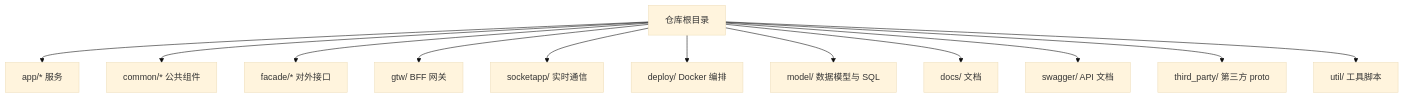
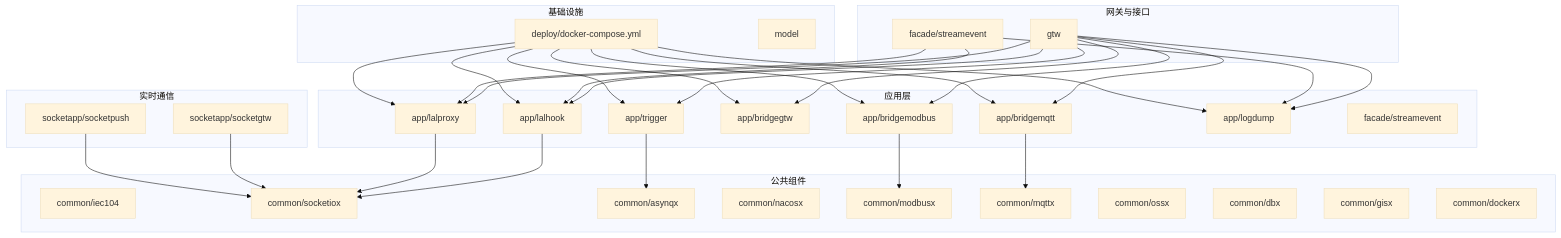
Before and after one commit to maomao94/zero-service: the first of 4 diagrams in .qoder/repowiki/zh/content/快速开始.md, drawn with Mermaid (base theme). The commit also changed other lines of this file and 362 other files, not shown here.

````diff
--- a/.qoder/repowiki/zh/content/快速开始.md
+++ b/.qoder/repowiki/zh/content/快速开始.md
@@ -38,14 +49,61 @@
 ```mermaid
 graph TB
-A["仓库根目录"] --> B["app/* 服务"]
-A --> C["common/* 公共组件"]
-A --> D["facade/* 对外接口"]
-A --> E["gtw/ BFF 网关"]
-A --> F["socketapp/ 实时通信"]
-A --> G["deploy/ Docker 编排"]
-A --> H["model/ 数据模型与 SQL"]
-A --> I["docs/ 文档"]
-A --> J["swagger/ API 文档"]
-A --> K["third_party/ 第三方 proto"]
-A --> L["util/ 工具脚本"]
+subgraph "应用层"
+APP_TRIGGER["app/trigger"]
+APP_BRIDGEMODBUS["app/bridgemodbus"]
+APP_BRIDGEMQTT["app/bridgemqtt"]
+APP_BRIDGEGTW["app/bridgegtw"]
+APP_LALHOOK["app/lalhook"]
+APP_LALPROXY["app/lalproxy"]
+APP_LOGDUMP["app/logdump"]
+FACADE_STREAMEVENT["facade/streamevent"]
+end
+subgraph "实时通信"
+SOCKET_SOCKETGTW["socketapp/socketgtw"]
+SOCKET_SOCKETPUSH["socketapp/socketpush"]
+end
+subgraph "网关与接口"
+GTW["gtw"]
+FACADE["facade/streamevent"]
+end
+subgraph "公共组件"
+COMMON_IEC104["common/iec104"]
+COMMON_SOCKETIO["common/socketiox"]
+COMMON_ASYNQ["common/asynqx"]
+COMMON_NACOS["common/nacosx"]
+COMMON_MODBUS["common/modbusx"]
+COMMON_MQTT["common/mqttx"]
+COMMON_OSS["common/ossx"]
+COMMON_DBX["common/dbx"]
+COMMON_GIS["common/gisx"]
+COMMON_DOCKER["common/dockerx"]
+end
+subgraph "基础设施"
+DEPLOY["deploy/docker-compose.yml"]
+MODEL["model"]
+end
+APP_TRIGGER --> COMMON_ASYNQ
+APP_BRIDGEMODBUS --> COMMON_MODBUS
+APP_BRIDGEMQTT --> COMMON_MQTT
+APP_LALHOOK --> COMMON_SOCKETIO
+APP_LALPROXY --> COMMON_SOCKETIO
+SOCKET_SOCKETGTW --> COMMON_SOCKETIO
+SOCKET_SOCKETPUSH --> COMMON_SOCKETIO
+GTW --> APP_TRIGGER
+GTW --> APP_BRIDGEMODBUS
+GTW --> APP_BRIDGEMQTT
+GTW --> APP_BRIDGEGTW
+GTW --> APP_LALHOOK
+GTW --> APP_LALPROXY
+GTW --> APP_LOGDUMP
+FACADE --> APP_LALHOOK
+FACADE --> APP_LALPROXY
+FACADE --> APP_LOGDUMP
+DEPLOY --> APP_TRIGGER
+DEPLOY --> APP_BRIDGEMODBUS
+DEPLOY --> APP_BRIDGEMQTT
+DEPLOY --> APP_BRIDGEGTW
+DEPLOY --> APP_LALHOOK
+DEPLOY --> APP_LALPROXY
+DEPLOY --> APP_LOGDUMP
 ```
````
